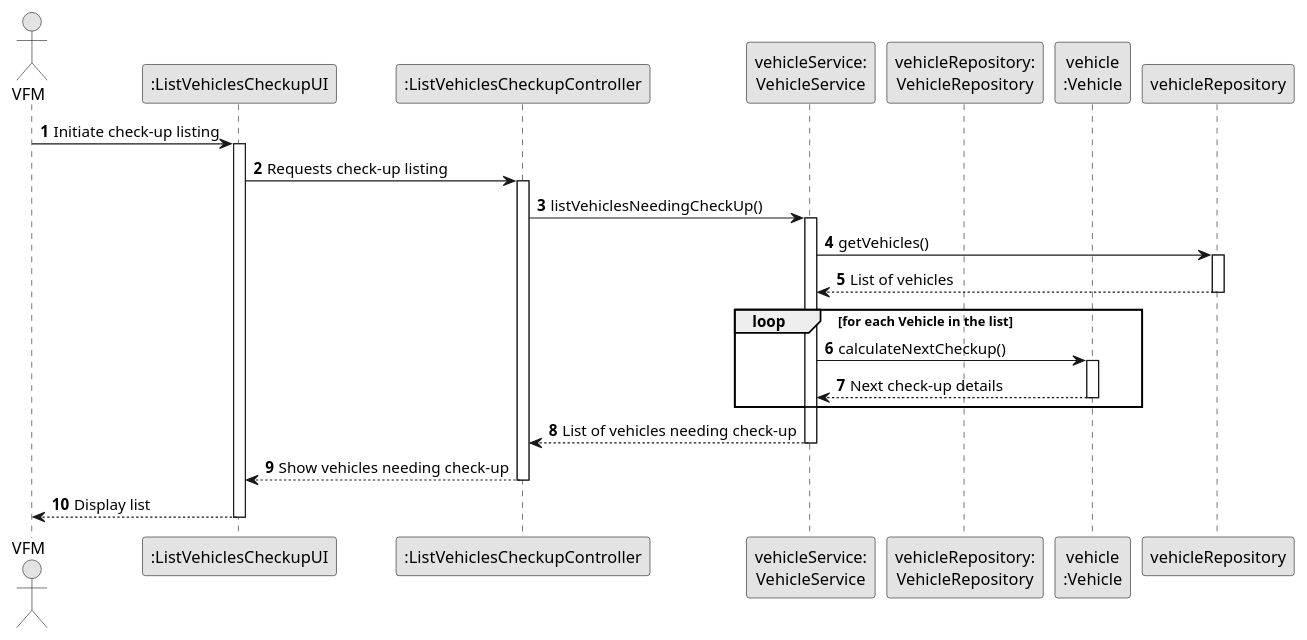
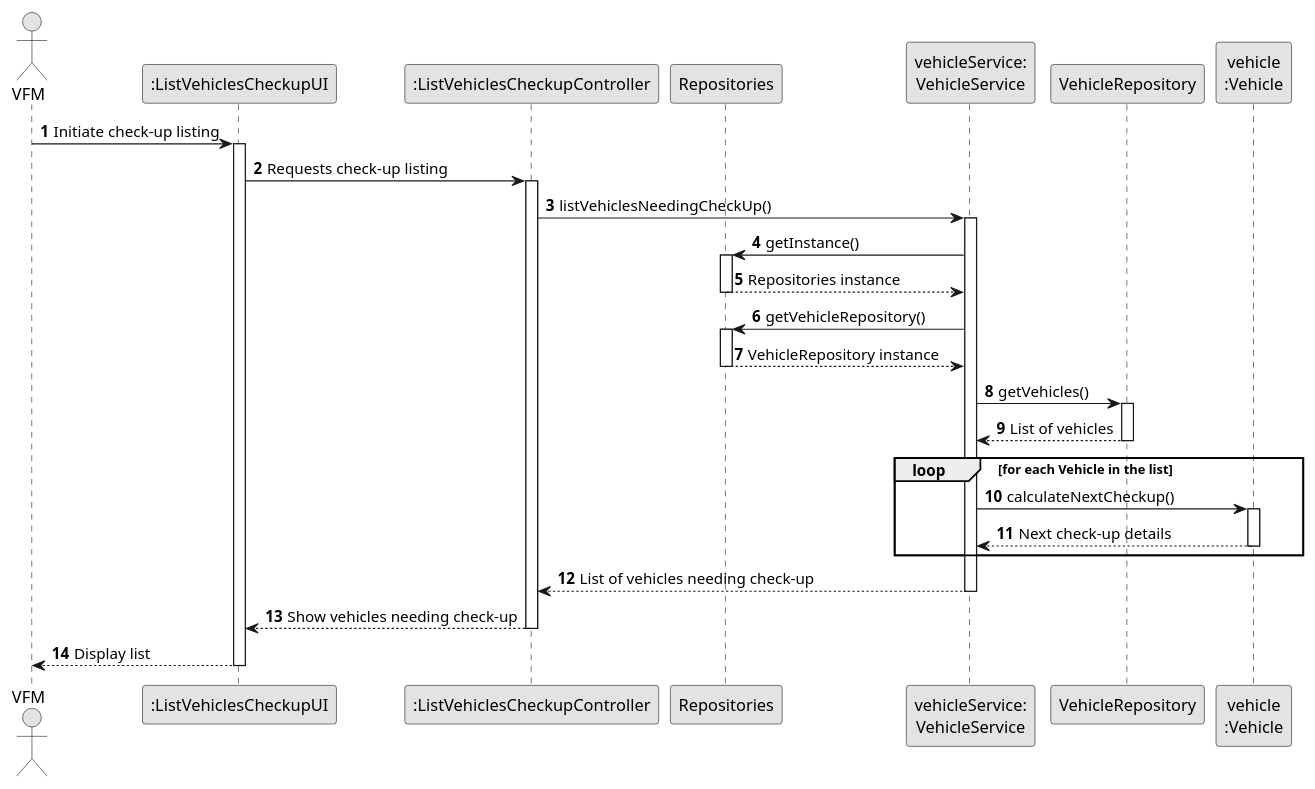
Before and after one commit to Mendoncaa/LAPR2: the diagram in docs/sprintC/us008/03.design/puml/us08-sequence-diagram.puml, drawn with PlantUML. The commit also changed 7 other files, not shown here.

Commit message:
US005 and US008 SINGLETON fix on Sequence Diagram.

```diff
--- a/docs/sprintC/us008/03.design/puml/us08-sequence-diagram.puml
+++ b/docs/sprintC/us008/03.design/puml/us08-sequence-diagram.puml
@@ -1,47 +1,58 @@
 @startuml
 skinparam monochrome true
 skinparam packageStyle rectangle
 skinparam shadowing false
 
 actor "VFM" as VFM
 participant ":ListVehiclesCheckupUI" as ListVehiclesCheckupUI
 participant ":ListVehiclesCheckupController" as ListVehiclesCheckupController
+participant "Repositories" as RepositorySingleton
 participant "vehicleService:\nVehicleService" as VehicleService
-participant "vehicleRepository:\nVehicleRepository" as VehicleRepository
+participant "VehicleRepository" as VehicleRepository
 participant "vehicle\n:Vehicle" as Vehicle
 
 autonumber
 
 VFM -> ListVehiclesCheckupUI : Initiate check-up listing
 activate ListVehiclesCheckupUI
 
 ListVehiclesCheckupUI -> ListVehiclesCheckupController : Requests check-up listing
 activate ListVehiclesCheckupController
 
 ListVehiclesCheckupController -> VehicleService : listVehiclesNeedingCheckUp()
 activate VehicleService
 
-VehicleService -> vehicleRepository : getVehicles()
-activate vehicleRepository
+VehicleService -> RepositorySingleton : getInstance()
+activate RepositorySingleton
+RepositorySingleton --> VehicleService : Repositories instance
+deactivate RepositorySingleton
 
-vehicleRepository --> VehicleService : List of vehicles
-deactivate vehicleRepository
+VehicleService -> RepositorySingleton : getVehicleRepository()
+activate RepositorySingleton
+RepositorySingleton --> VehicleService : VehicleRepository instance
+deactivate RepositorySingleton
+
+VehicleService -> VehicleRepository : getVehicles()
+activate VehicleRepository
+
+VehicleRepository --> VehicleService : List of vehicles
+deactivate VehicleRepository
 
 loop for each Vehicle in the list
     VehicleService -> Vehicle : calculateNextCheckup()
     activate Vehicle
 
     Vehicle --> VehicleService : Next check-up details
     deactivate Vehicle
 end
 
 VehicleService --> ListVehiclesCheckupController : List of vehicles needing check-up
 deactivate VehicleService
 
 ListVehiclesCheckupController --> ListVehiclesCheckupUI : Show vehicles needing check-up
 deactivate ListVehiclesCheckupController
 
 ListVehiclesCheckupUI --> VFM : Display list
 deactivate ListVehiclesCheckupUI
 
 @enduml
```
